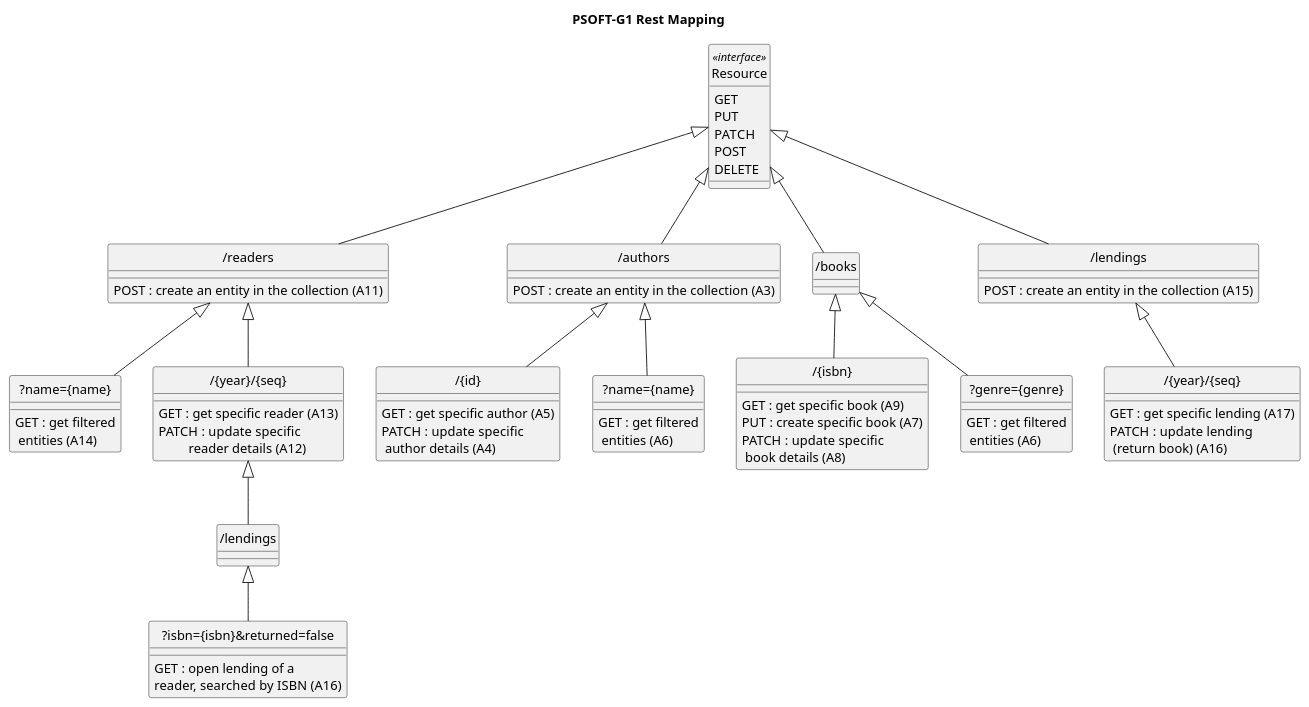
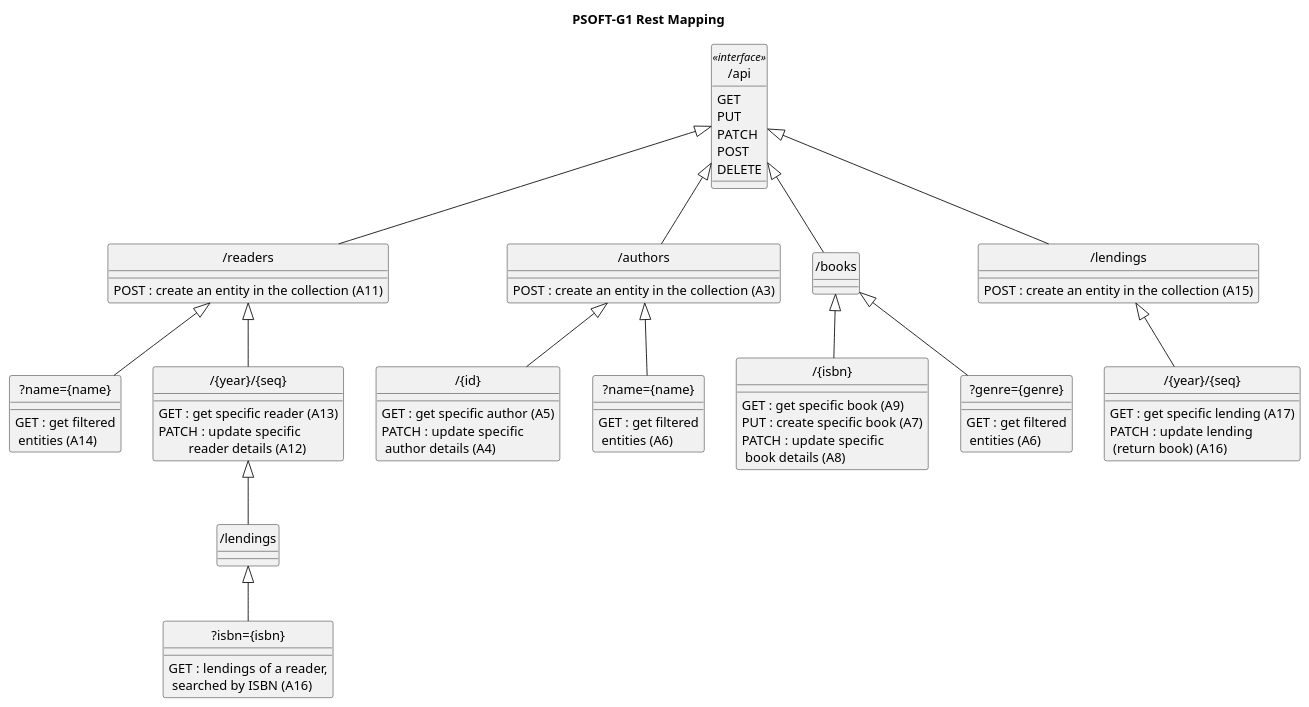
Before and after one commit to rutemf/1220944_1220772_G01: the diagram in Docs/Phase1/RestMapping.puml, drawn with PlantUML. The commit also changed 14 other files, not shown here.

Commit message:
Streamlined Password Check. Implemented getReaderLendingsByIsbn on ReaderController. Updated RestMapping proposal. Created Librarian and Reader classes for better managing User creation and validation

```diff
--- a/Docs/Phase1/RestMapping.puml
+++ b/Docs/Phase1/RestMapping.puml
@@ -1,79 +1,79 @@
 @startuml
 
 hide circle
 skinparam classAttributeIconSize 0
 
 title PSOFT-G1 Rest Mapping
 
-class Resource <<interface>>{
+class "/api" as Resource <<interface>>{
     GET
     PUT
     PATCH
     POST
     DELETE
 }
 
 class "/readers" extends Resource{
 '    GET : get all entities
     POST : create an entity in the collection (A11)
 }
 
 class "?name={name}" as SearchReader extends "/readers"{
     GET : get filtered\n entities (A14)
 }
 
 class "/{year}/{seq}" as ReaderID extends "/readers"{
     GET : get specific reader (A13)
     PATCH : update specific\n\t reader details (A12)
 }
 
 class "/lendings" as ReaderLendings extends ReaderID{
 }
 
-class "?isbn={isbn}&returned=false" extends ReaderLendings{
-    GET : open lending of a \nreader, searched by ISBN (A16)
+class "?isbn={isbn}" extends ReaderLendings{
+    GET : lendings of a reader,\n searched by ISBN (A16)
 }
 
 class "/authors" extends Resource{
 '    GET : get all entities
     POST : create an entity in the collection (A3)
 }
 
 class "/{id}" as AuthorID extends "/authors"{
     GET : get specific author (A5)
     PATCH : update specific\n author details (A4)
 }
 
 /'
 class "/books" as AuthorBooks extends AuthorID{
     GET : get books by author (B4)
 }
 '/
 
 class "?name={name}" as SearchAuthor extends "/authors"{
     GET : get filtered\n entities (A6)
 }
 
 class "/books" extends Resource{
 }
 
 class "/{isbn}" extends "/books"{
     GET : get specific book (A9)
     PUT : create specific book (A7)
     PATCH : update specific\n book details (A8)
 }
 
 class "?genre={genre}" extends "/books"{
     GET : get filtered\n entities (A6)
 }
 
 class "/lendings" extends Resource{
     POST : create an entity in the collection (A15)
 }
 
 class "/{year}/{seq}" as LendingID extends "/lendings"{
     GET : get specific lending (A17)
     PATCH : update lending\n (return book) (A16)
 }
 
 @enduml
```
